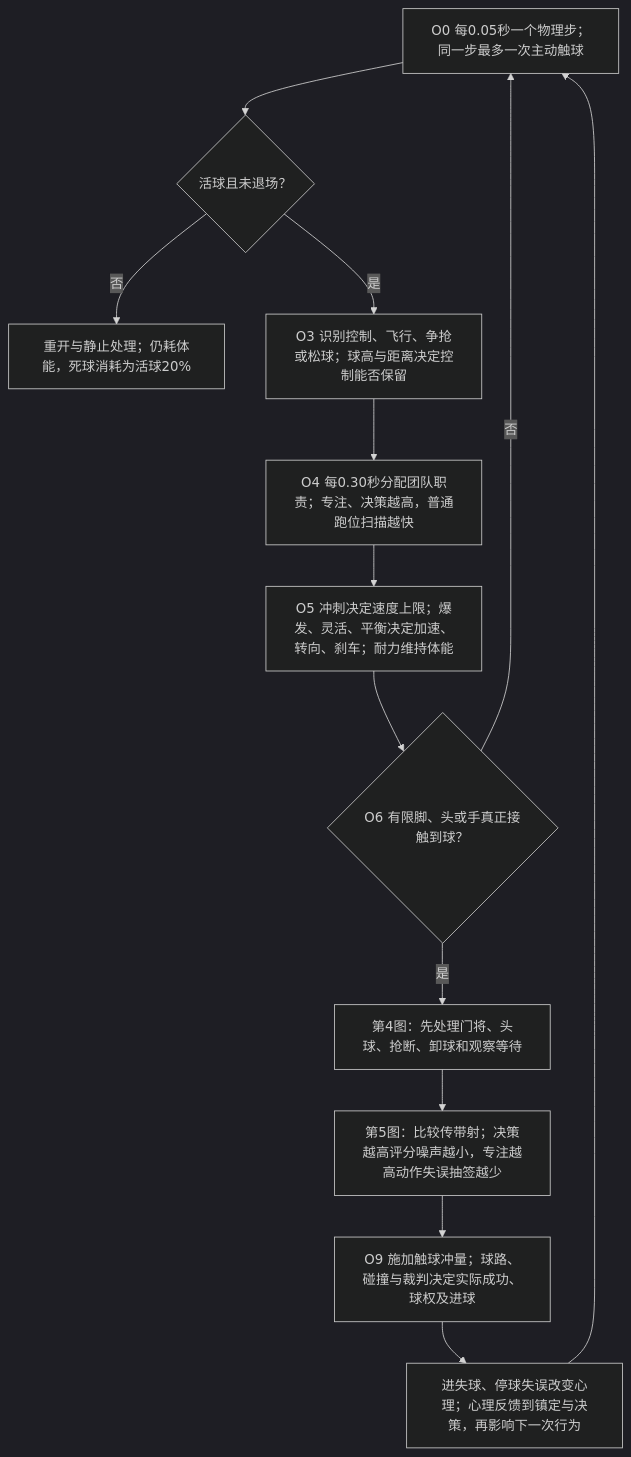
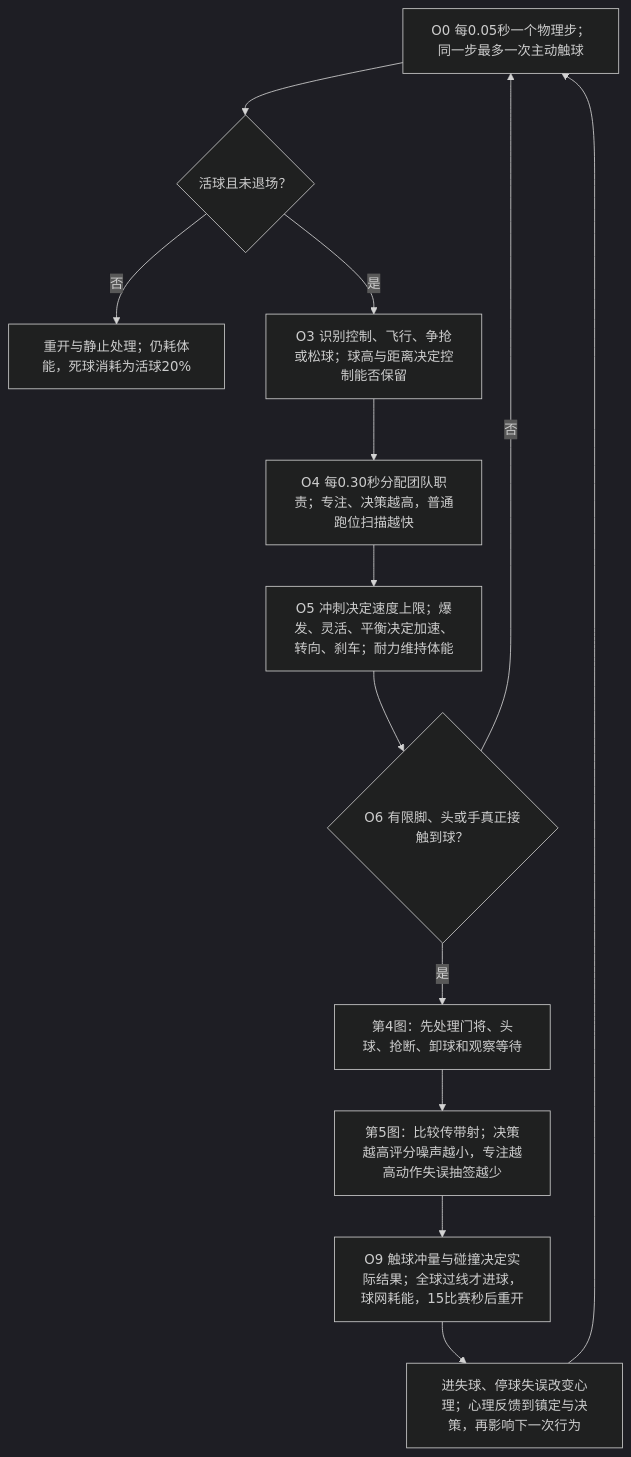
Before and after one commit to sixu3575/touchline-manager: the first of 6 diagrams in packages/shared/modules/matches/design/PLAYER_DECISION_MAP.md, drawn with Mermaid (dark theme). The commit also changed other lines of this file and 29 other files, not shown here.

````diff
--- a/packages/shared/modules/matches/design/PLAYER_DECISION_MAP.md
+++ b/packages/shared/modules/matches/design/PLAYER_DECISION_MAP.md
@@ -21,15 +21,15 @@
 ```mermaid
 flowchart TD
   O0["O0 每0.05秒一个物理步；同一步最多一次主动触球"] --> O1{"活球且未退场？"}
   O1 -->|否| O2["重开与静止处理；仍耗体能，死球消耗为活球20%"]
   O1 -->|是| O3["O3 识别控制、飞行、争抢或松球；球高与距离决定控制能否保留"]
   O3 --> O4["O4 每0.30秒分配团队职责；专注、决策越高，普通跑位扫描越快"]
   O4 --> O5["O5 冲刺决定速度上限；爆发、灵活、平衡决定加速、转向、刹车；耐力维持体能"]
   O5 --> O6{"O6 有限脚、头或手真正接触到球？"}
   O6 -->|否| O0
   O6 -->|是| O7["第4图：先处理门将、头球、抢断、卸球和观察等待"]
   O7 --> O8["第5图：比较传带射；决策越高评分噪声越小，专注越高动作失误抽签越少"]
-  O8 --> O9["O9 施加触球冲量；球路、碰撞与裁判决定实际成功、球权及进球"]
+  O8 --> O9["O9 触球冲量与碰撞决定实际结果；全球过线才进球，球网耗能，15比赛秒后重开"]
   O9 --> O10["进失球、停球失误改变心理；心理反馈到镇定与决策，再影响下一次行为"]
   O10 --> O0
 ```
````
